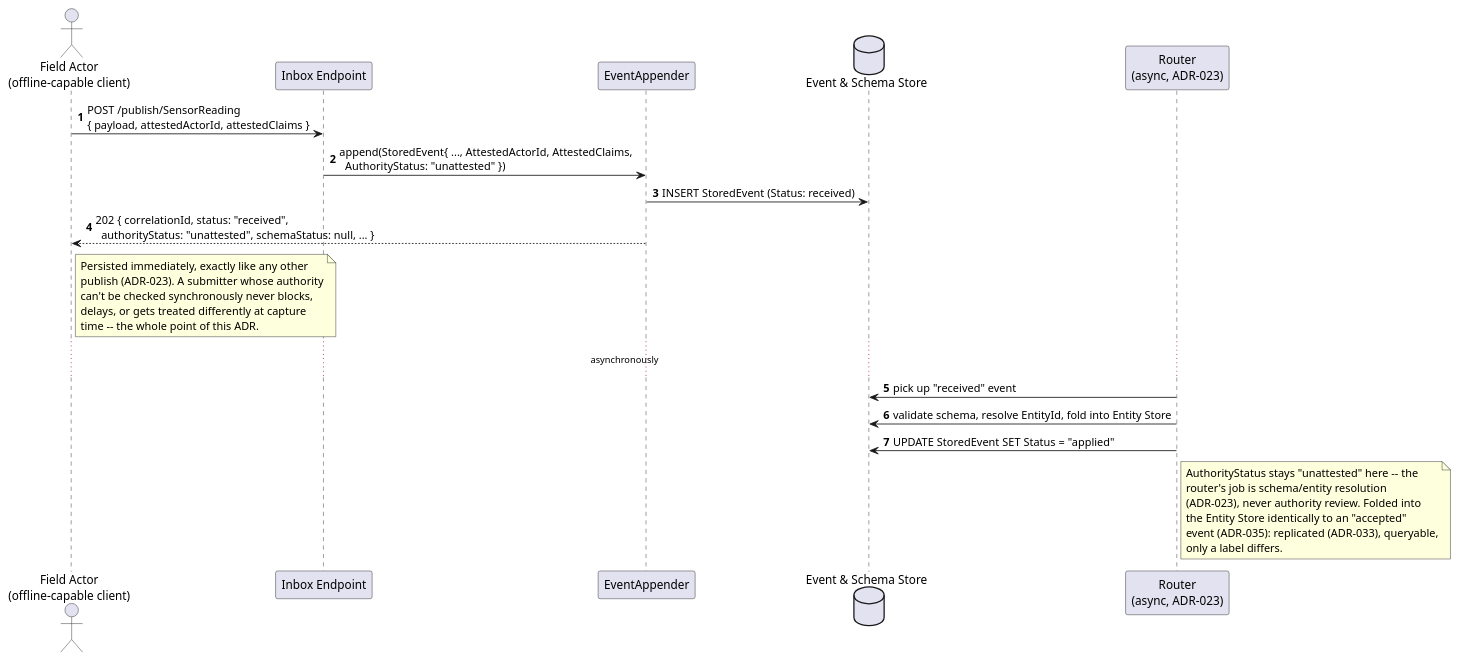
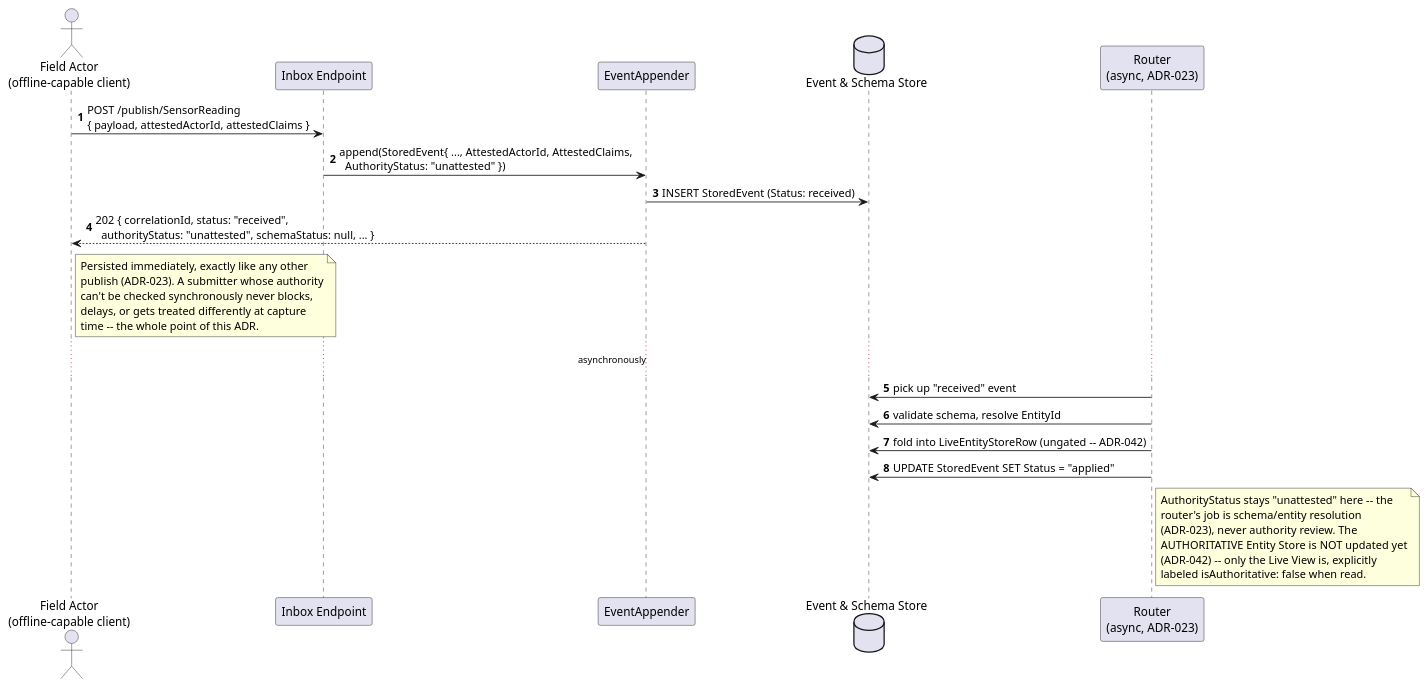
Before and after one commit to Mwwhited-BookLearning/EventSourcing: the first of 4 diagrams in docs/features/non-authoritative-capture.md, drawn with PlantUML. The commit also changed other lines of this file and 15 other files, not shown here.

````diff
--- a/docs/features/non-authoritative-capture.md
+++ b/docs/features/non-authoritative-capture.md
@@ -37,34 +48,35 @@
 ```plantuml
 @startuml AuthorityCapture_Publish_Sequence
 autonumber
 actor "Field Actor\n(offline-capable client)" as publisher
 participant "Inbox Endpoint" as endpoint
 participant "EventAppender" as appender
 database "Event & Schema Store" as db
 participant "Router\n(async, ADR-023)" as router
 
 publisher -> endpoint: POST /publish/SensorReading\n{ payload, attestedActorId, attestedClaims }
 endpoint -> appender: append(StoredEvent{ ..., AttestedActorId, AttestedClaims,\n  AuthorityStatus: "unattested" })
 appender -> db: INSERT StoredEvent (Status: received)
 appender --> publisher: 202 { correlationId, status: "received",\n  authorityStatus: "unattested", schemaStatus: null, ... }
 note right of publisher
   Persisted immediately, exactly like any other
   publish (ADR-023). A submitter whose authority
   can't be checked synchronously never blocks,
   delays, or gets treated differently at capture
   time -- the whole point of this ADR.
 end note
 ... asynchronously ...
 router -> db: pick up "received" event
-router -> db: validate schema, resolve EntityId, fold into Entity Store
+router -> db: validate schema, resolve EntityId
+router -> db: fold into LiveEntityStoreRow (ungated -- ADR-042)
 router -> db: UPDATE StoredEvent SET Status = "applied"
 note right of router
   AuthorityStatus stays "unattested" here -- the
   router's job is schema/entity resolution
-  (ADR-023), never authority review. Folded into
-  the Entity Store identically to an "accepted"
-  event (ADR-035): replicated (ADR-033), queryable,
-  only a label differs.
+  (ADR-023), never authority review. The
+  AUTHORITATIVE Entity Store is NOT updated yet
+  (ADR-042) -- only the Live View is, explicitly
+  labeled isAuthoritative: false when read.
 end note
 @enduml
 ```
````
